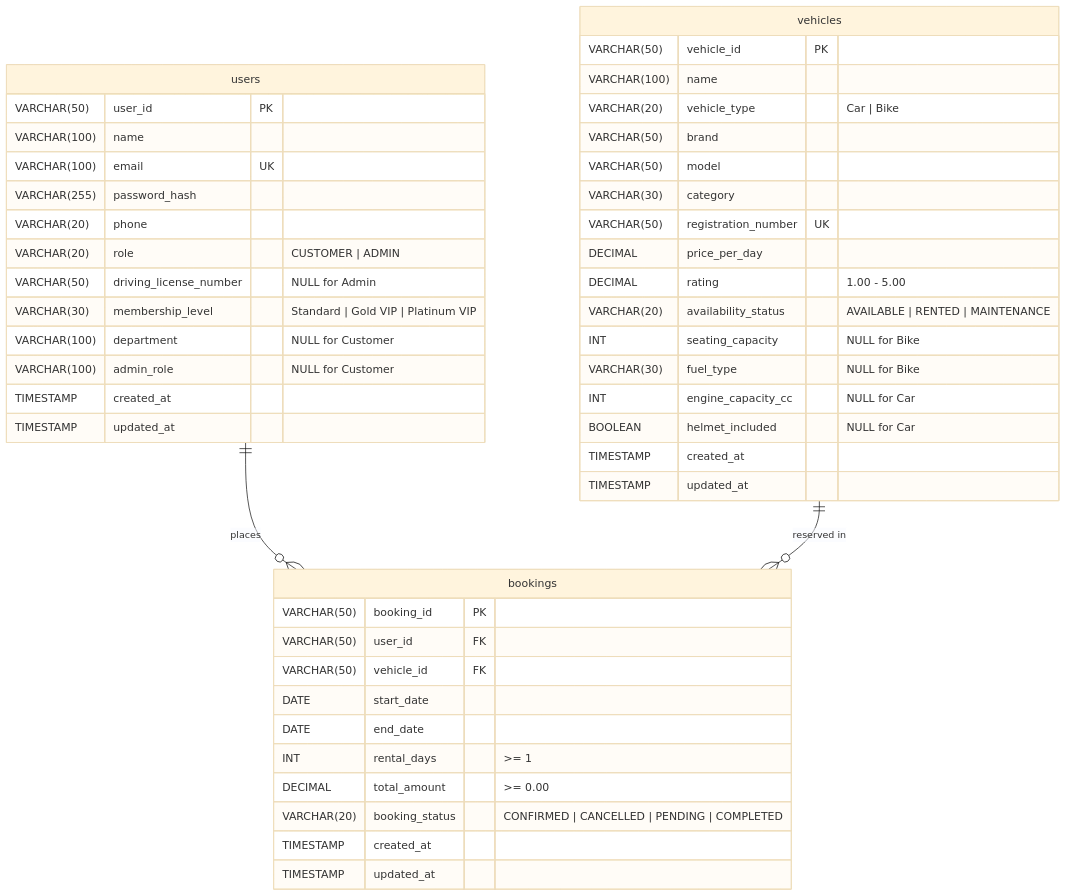
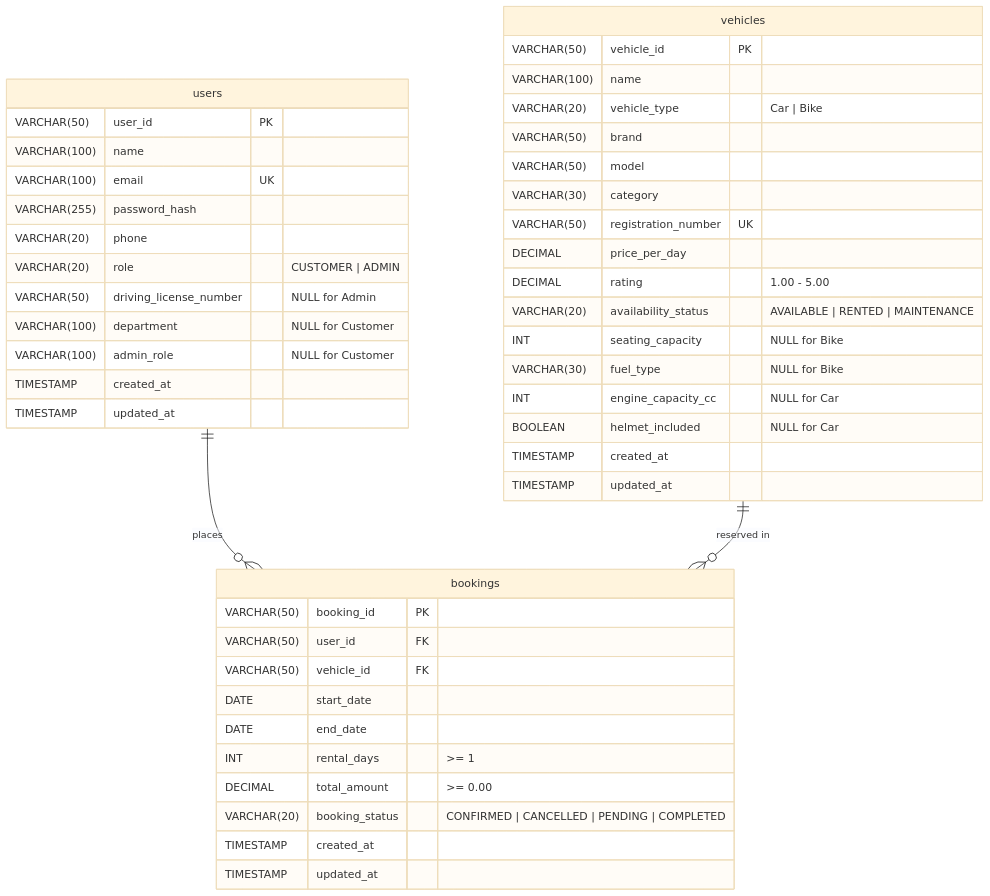
The diagram in database/README.md (arorakhushal23/RentIQ-Java), drawn with Mermaid (base theme) before and after one commit. The commit also changed 43 other files, not shown here.

````diff
--- a/database/README.md
+++ b/database/README.md
@@ -17,52 +17,51 @@
 ```mermaid
 erDiagram
     users ||--o{ bookings : places
     vehicles ||--o{ bookings : "reserved in"
 
     users {
         VARCHAR(50) user_id PK
         VARCHAR(100) name
         VARCHAR(100) email UK
         VARCHAR(255) password_hash
         VARCHAR(20) phone
         VARCHAR(20) role "CUSTOMER | ADMIN"
         VARCHAR(50) driving_license_number "NULL for Admin"
-        VARCHAR(30) membership_level "Standard | Gold VIP | Platinum VIP"
         VARCHAR(100) department "NULL for Customer"
         VARCHAR(100) admin_role "NULL for Customer"
         TIMESTAMP created_at
         TIMESTAMP updated_at
     }
 
     vehicles {
         VARCHAR(50) vehicle_id PK
         VARCHAR(100) name
         VARCHAR(20) vehicle_type "Car | Bike"
         VARCHAR(50) brand
         VARCHAR(50) model
         VARCHAR(30) category
         VARCHAR(50) registration_number UK
         DECIMAL price_per_day
         DECIMAL rating "1.00 - 5.00"
         VARCHAR(20) availability_status "AVAILABLE | RENTED | MAINTENANCE"
         INT seating_capacity "NULL for Bike"
         VARCHAR(30) fuel_type "NULL for Bike"
         INT engine_capacity_cc "NULL for Car"
         BOOLEAN helmet_included "NULL for Car"
         TIMESTAMP created_at
         TIMESTAMP updated_at
     }
 
     bookings {
         VARCHAR(50) booking_id PK
         VARCHAR(50) user_id FK
         VARCHAR(50) vehicle_id FK
         DATE start_date
         DATE end_date
         INT rental_days ">= 1"
         DECIMAL total_amount ">= 0.00"
         VARCHAR(20) booking_status "CONFIRMED | CANCELLED | PENDING | COMPLETED"
         TIMESTAMP created_at
         TIMESTAMP updated_at
     }
 ```
````
